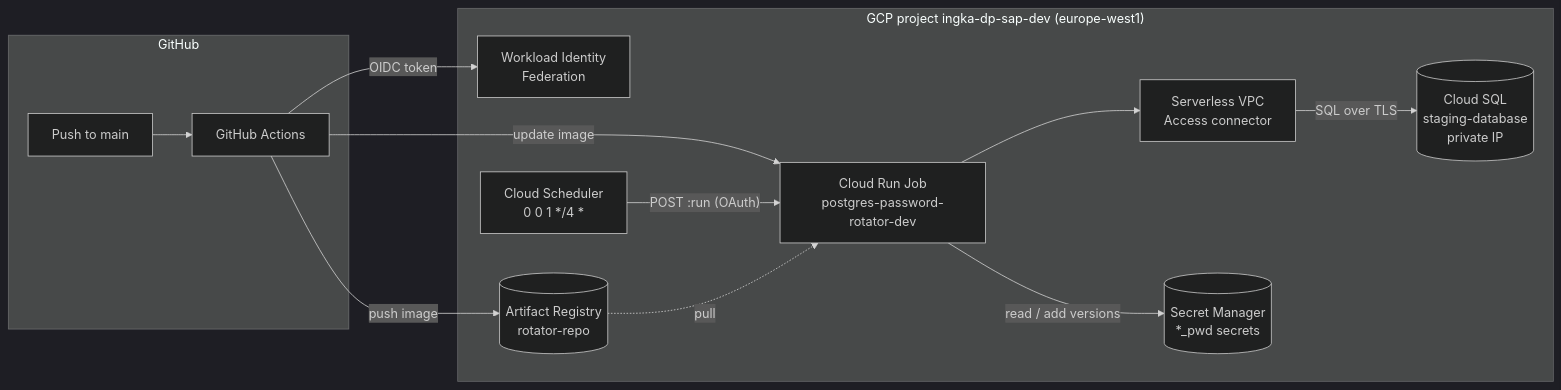
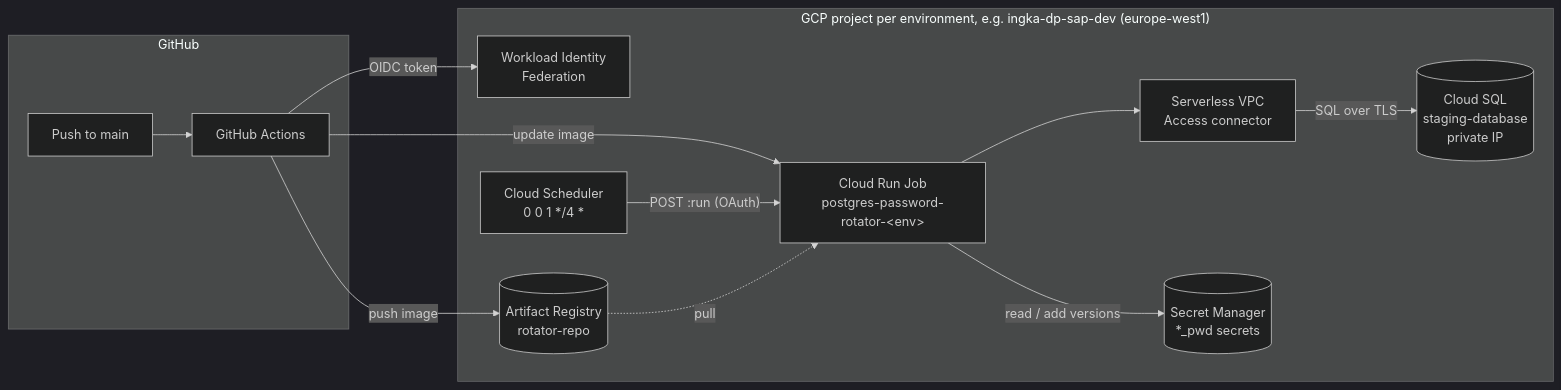
The first of 2 diagrams in ARCHITECTURE.md (Sarank-tech/gcp-postgres-password-rotator), drawn with Mermaid (dark theme) before and after one commit. The commit also changed other lines of this file and 9 other files, not shown here.

````diff
--- a/ARCHITECTURE.md
+++ b/ARCHITECTURE.md
@@ -17,22 +18,22 @@
 ```mermaid
 flowchart LR
     subgraph GitHub
         GH[Push to main] --> GA[GitHub Actions]
     end
-    subgraph GCP["GCP project ingka-dp-sap-dev (europe-west1)"]
+    subgraph GCP["GCP project per environment, e.g. ingka-dp-sap-dev (europe-west1)"]
         WIF[Workload Identity<br/>Federation]
         AR[(Artifact Registry<br/>rotator-repo)]
         SCH[Cloud Scheduler<br/>0 0 1 */4 *]
-        JOB[Cloud Run Job<br/>postgres-password-rotator-dev]
+        JOB[Cloud Run Job<br/>postgres-password-rotator-&lt;env&gt;]
         VPCC[Serverless VPC<br/>Access connector]
         SQL[(Cloud SQL<br/>staging-database<br/>private IP)]
         SM[(Secret Manager<br/>*_pwd secrets)]
     end
     GA -- OIDC token --> WIF
     GA -- push image --> AR
     GA -- update image --> JOB
     SCH -- "POST :run (OAuth)" --> JOB
     AR -. pull .-> JOB
     JOB -- read / add versions --> SM
     JOB --> VPCC -- "SQL over TLS" --> SQL
 ```
````
